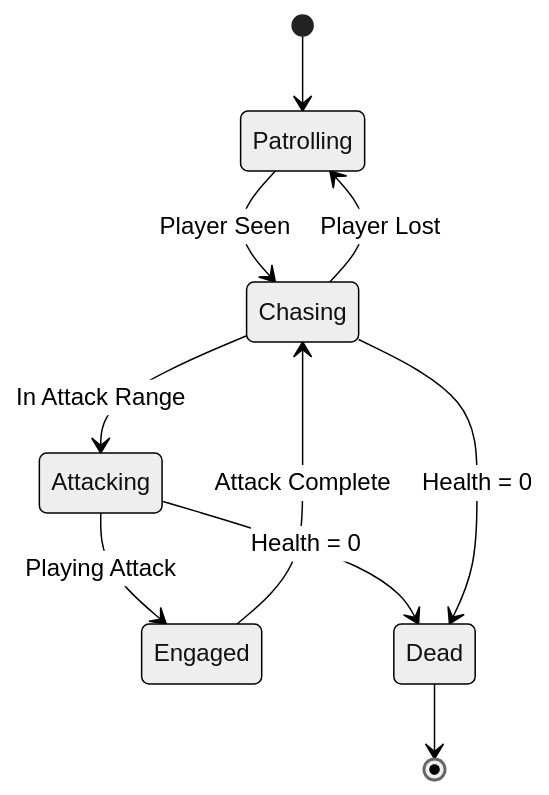
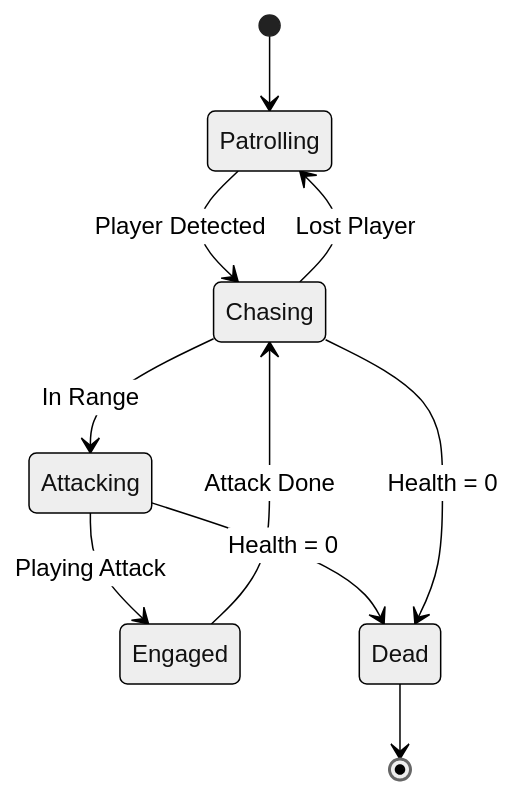
Before and after one commit to Sayan11071998/Steel-and-Shadow: the third of 3 diagrams in README.md, drawn with Mermaid (neutral theme). The commit also changed other lines of this file, not shown here.

````diff
--- a/README.md
+++ b/README.md
@@ -543,12 +76,12 @@
 ```mermaid
 stateDiagram-v2
     [*] --> Patrolling
-    Patrolling --> Chasing : Player Seen
-    Chasing --> Attacking : In Attack Range
+    Patrolling --> Chasing : Player Detected
+    Chasing --> Attacking : In Range
     Attacking --> Engaged : Playing Attack
-    Engaged --> Chasing : Attack Complete
-    Chasing --> Patrolling : Player Lost
+    Engaged --> Chasing : Attack Done
+    Chasing --> Patrolling : Lost Player
     Attacking --> Dead : Health = 0
     Chasing --> Dead : Health = 0
     Dead --> [*]
 ```
````
